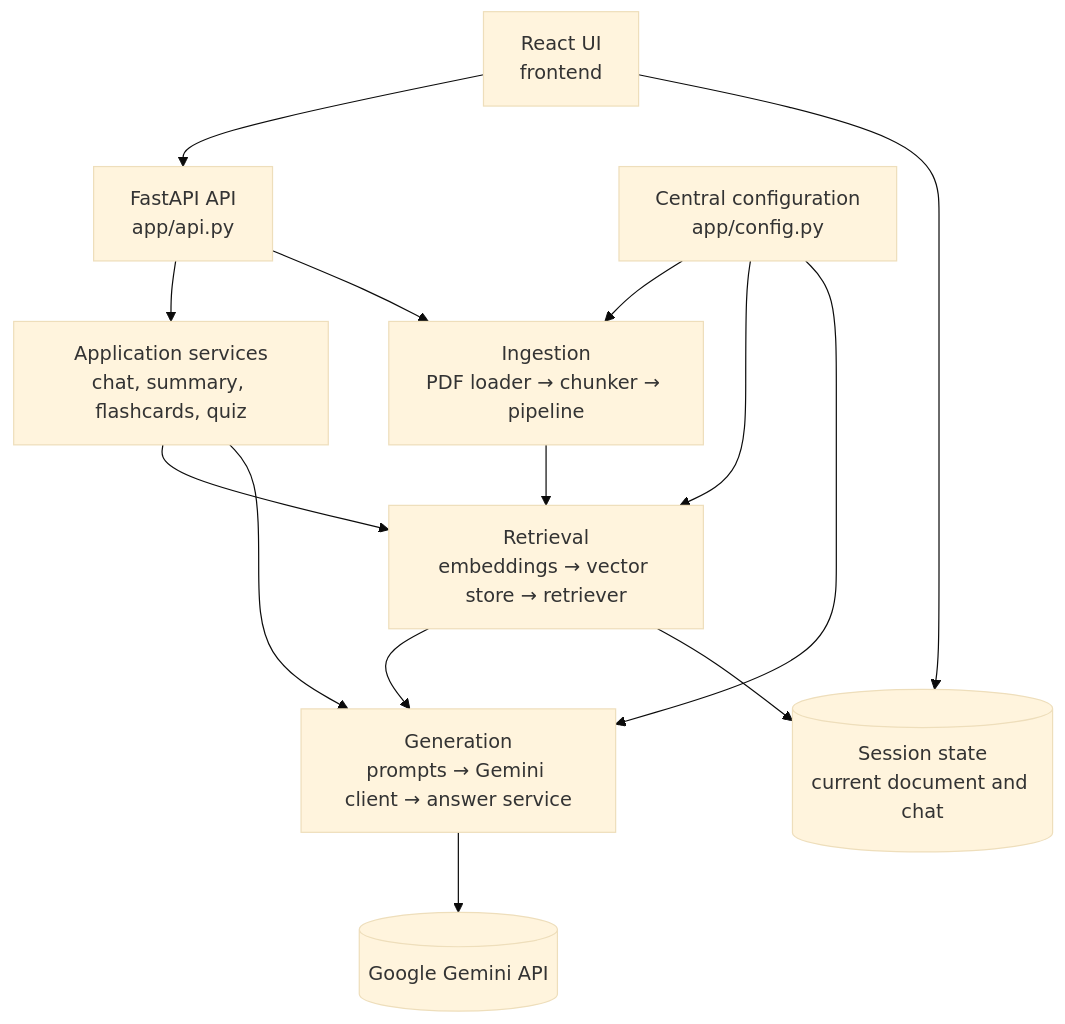
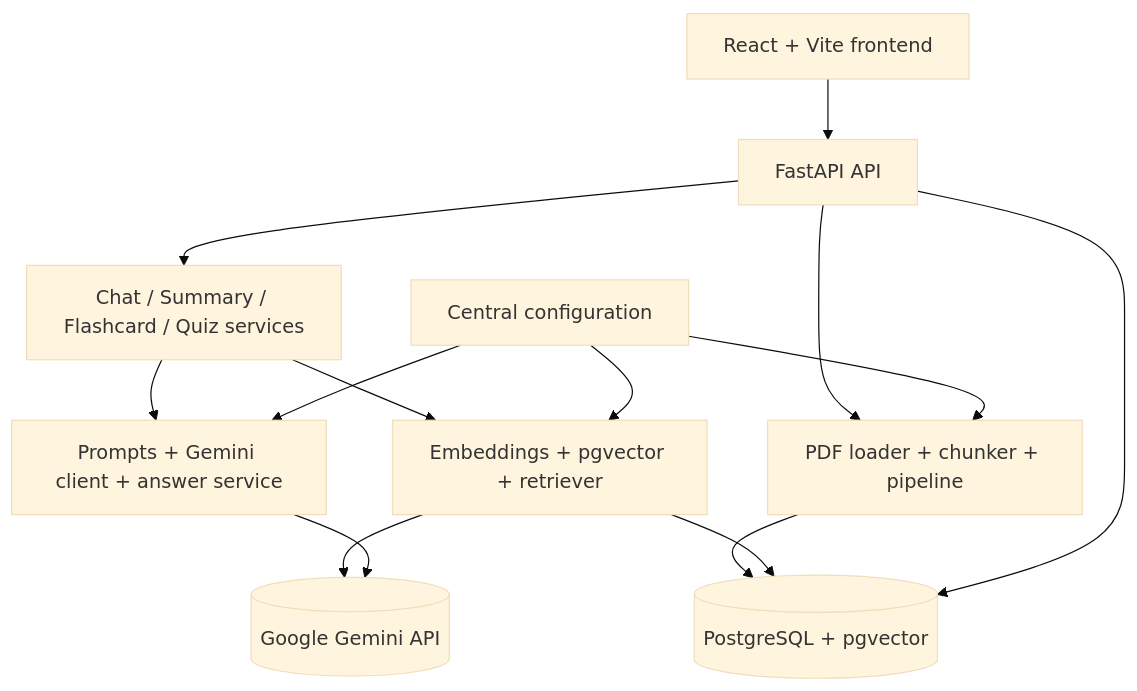
One commit to atharv-lalage/NoteBot changed the second of 3 diagrams in docs/requirements-and-design.md. Above: the diagram before and after it, drawn with Mermaid (base theme). The commit also changed other lines of this file and 2 other files, not shown here.

````diff
--- a/docs/requirements-and-design.md
+++ b/docs/requirements-and-design.md
@@ -92,26 +106,26 @@
 ```mermaid
 flowchart TB
-    UI[React UI<br/>frontend]
-    API[FastAPI API<br/>app/api.py]
-    Services[Application services<br/>chat, summary, flashcards, quiz]
-    Ingestion[Ingestion<br/>PDF loader → chunker → pipeline]
-    Retrieval[Retrieval<br/>embeddings → vector store → retriever]
-    Generation[Generation<br/>prompts → Gemini client → answer service]
-    Config[Central configuration<br/>app/config.py]
+    UI[React + Vite frontend]
+    API[FastAPI API]
+    Services[Chat / Summary / Flashcard / Quiz services]
+    Ingestion[PDF loader + chunker + pipeline]
+    Retrieval[Embeddings + pgvector + retriever]
+    Generation[Prompts + Gemini client + answer service]
+    Persistence[(PostgreSQL + pgvector)]
     Gemini[(Google Gemini API)]
-    Session[(Session state<br/>current document and chat)]
+    Config[Central configuration]
 
     UI --> API
     API --> Services
     API --> Ingestion
     Services --> Retrieval
     Services --> Generation
-    Ingestion --> Retrieval
-    Retrieval --> Generation
+    Ingestion --> Persistence
+    Retrieval --> Persistence
+    API --> Persistence
+    Retrieval --> Gemini
     Generation --> Gemini
     Config --> Ingestion
     Config --> Retrieval
     Config --> Generation
-    UI --> Session
-    Retrieval --> Session
 ```
````
